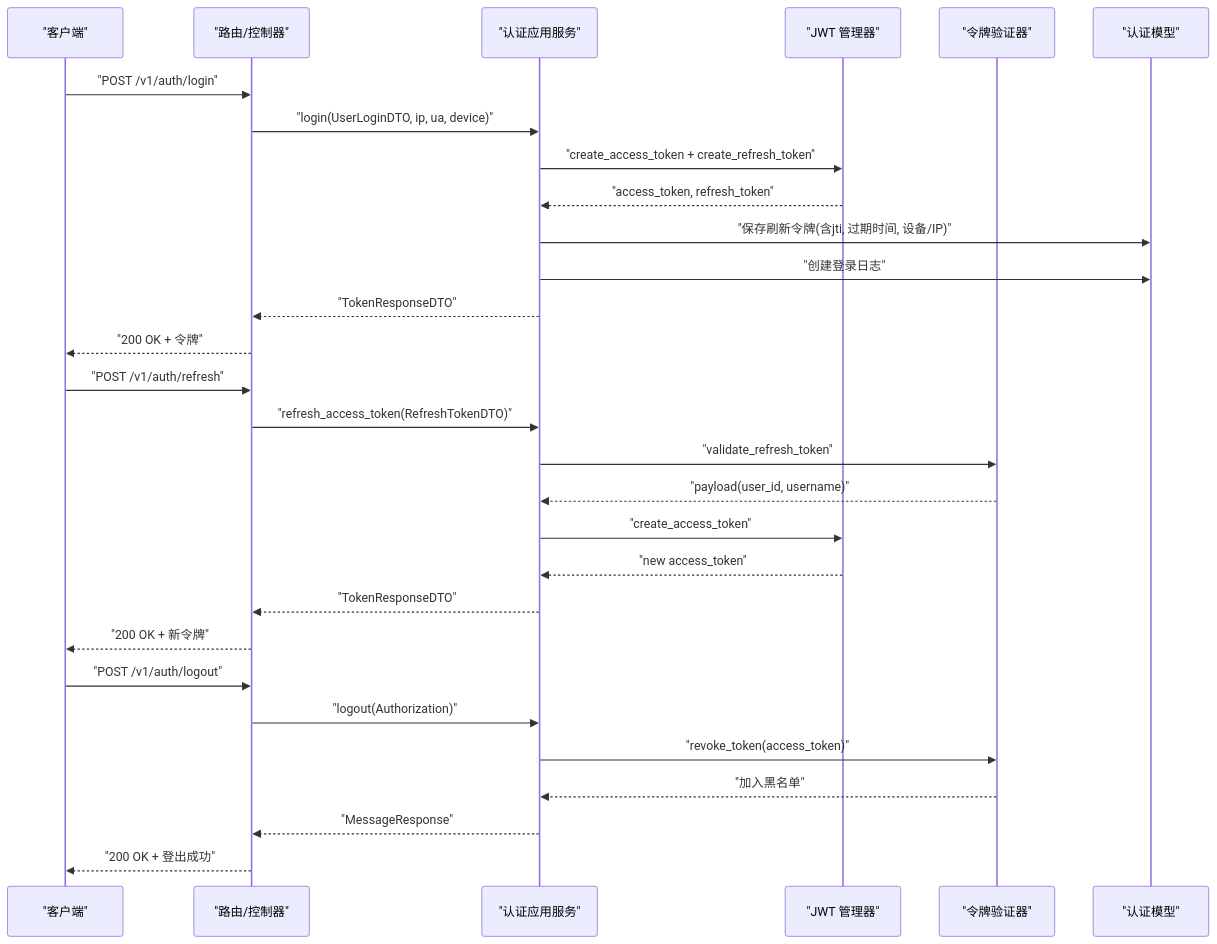
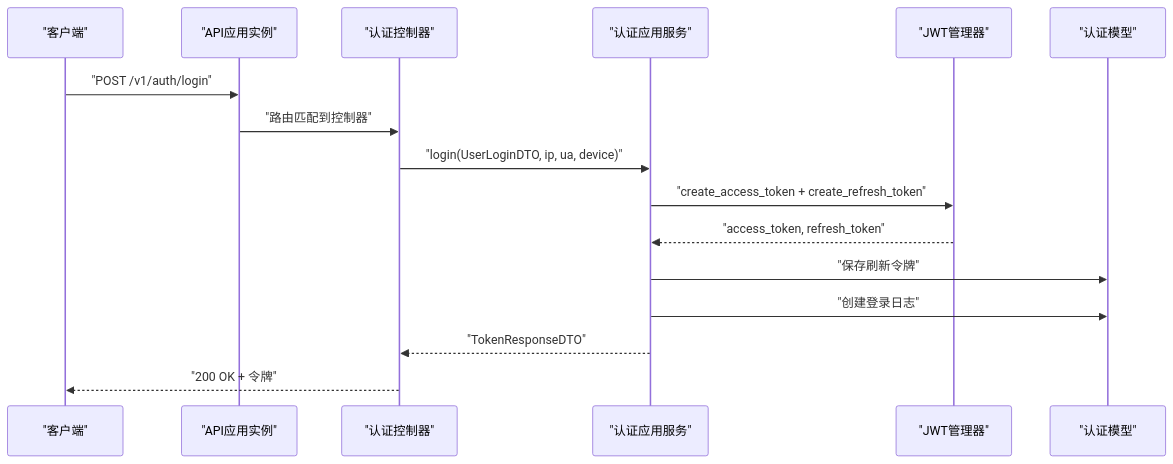
The second of 6 diagrams in .qoder/repowiki/zh/content/API 接口文档/认证接口.md (taoweidong/Hello-Django-Ninja-Api), drawn with Mermaid before and after one commit. The commit also changed other lines of this file and 7 other files, not shown here.

````diff
--- a/.qoder/repowiki/zh/content/API 接口文档/认证接口.md
+++ b/.qoder/repowiki/zh/content/API 接口文档/认证接口.md
@@ -120,31 +106,18 @@
 ```mermaid
 sequenceDiagram
 participant Client as "客户端"
-participant Router as "路由/控制器"
+participant App as "API应用实例"
+participant Ctrl as "认证控制器"
 participant Service as "认证应用服务"
-participant JWT as "JWT 管理器"
-participant TV as "令牌验证器"
+participant JWT as "JWT管理器"
 participant DB as "认证模型"
-Client->>Router : "POST /v1/auth/login"
-Router->>Service : "login(UserLoginDTO, ip, ua, device)"
+Client->>App : "POST /v1/auth/login"
+App->>Ctrl : "路由匹配到控制器"
+Ctrl->>Service : "login(UserLoginDTO, ip, ua, device)"
 Service->>JWT : "create_access_token + create_refresh_token"
 JWT-->>Service : "access_token, refresh_token"
-Service->>DB : "保存刷新令牌(含jti, 过期时间, 设备/IP)"
+Service->>DB : "保存刷新令牌"
 Service->>DB : "创建登录日志"
-Service-->>Router : "TokenResponseDTO"
-Router-->>Client : "200 OK + 令牌"
-Client->>Router : "POST /v1/auth/refresh"
-Router->>Service : "refresh_access_token(RefreshTokenDTO)"
-Service->>TV : "validate_refresh_token"
-TV-->>Service : "payload(user_id, username)"
-Service->>JWT : "create_access_token"
-JWT-->>Service : "new access_token"
-Service-->>Router : "TokenResponseDTO"
-Router-->>Client : "200 OK + 新令牌"
-Client->>Router : "POST /v1/auth/logout"
-Router->>Service : "logout(Authorization)"
-Service->>TV : "revoke_token(access_token)"
-TV-->>Service : "加入黑名单"
-Service-->>Router : "MessageResponse"
-Router-->>Client : "200 OK + 登出成功"
+Service-->>Ctrl : "TokenResponseDTO"
+Ctrl-->>Client : "200 OK + 令牌"
 ```
````
